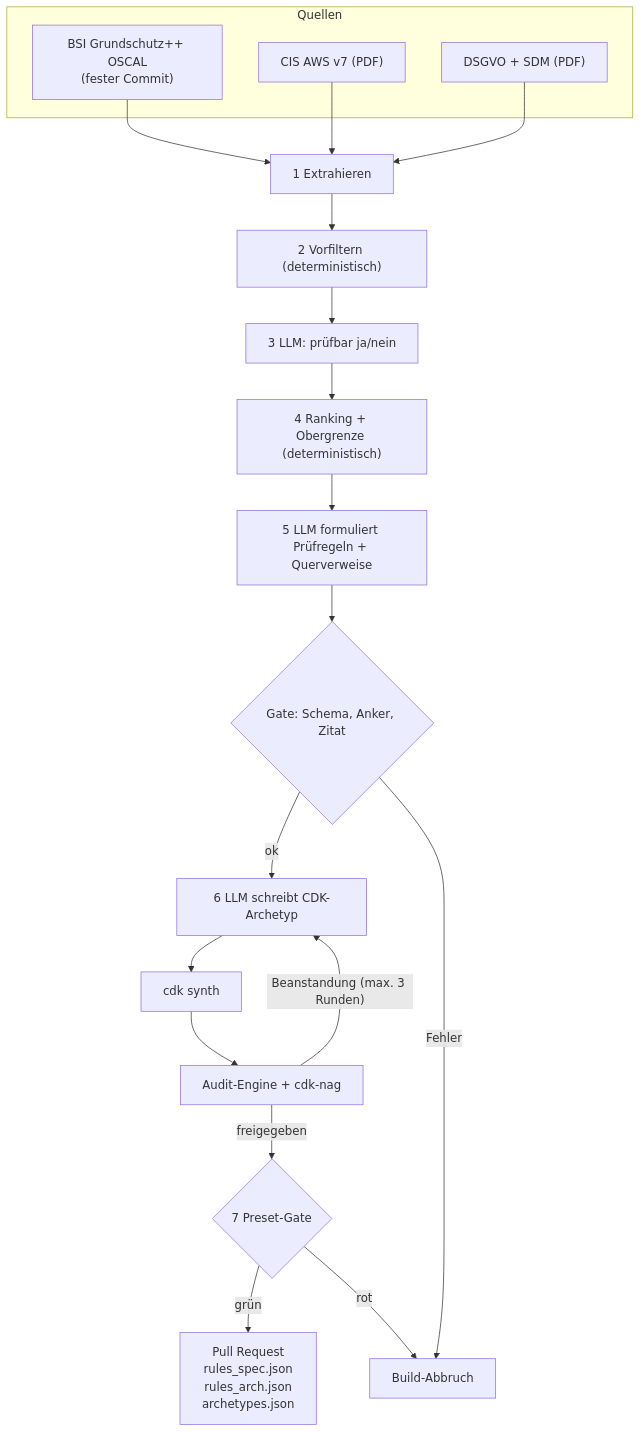
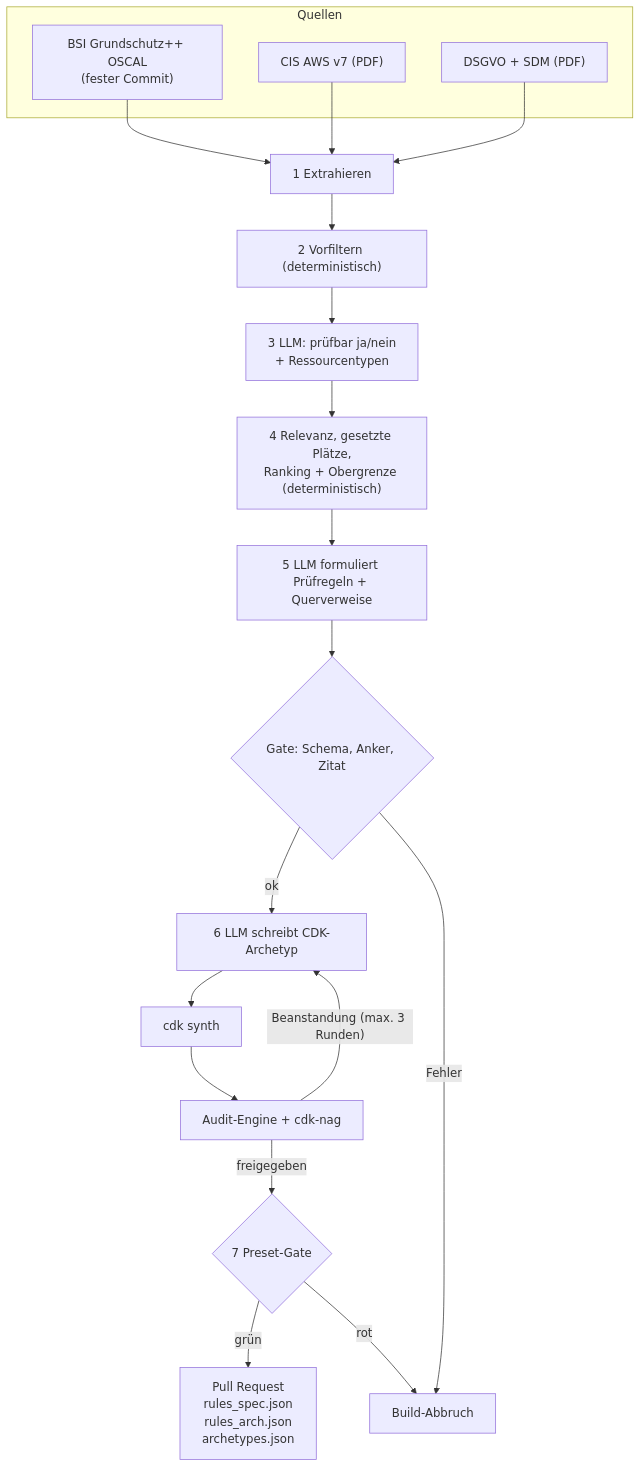
One commit to Daniel74/GovGuard changed the first of 4 diagrams in docs/ARCHITECTURE.md. Above: the diagram before and after it, drawn with Mermaid. The commit also changed other lines of this file and 8 other files, not shown here.

````diff
--- a/docs/ARCHITECTURE.md
+++ b/docs/ARCHITECTURE.md
@@ -21,22 +21,22 @@
 ```mermaid
 flowchart TD
   subgraph Q[Quellen]
     BSI["BSI Grundschutz++ OSCAL<br/>(fester Commit)"]
     CIS["CIS AWS v7 (PDF)"]
     DS["DSGVO + SDM (PDF)"]
   end
   BSI & CIS & DS --> E["1 Extrahieren"]
   E --> F["2 Vorfiltern (deterministisch)"]
-  F --> K["3 LLM: prüfbar ja/nein"]
-  K --> R["4 Ranking + Obergrenze (deterministisch)"]
+  F --> K["3 LLM: prüfbar ja/nein<br/>+ Ressourcentypen"]
+  K --> R["4 Relevanz, gesetzte Plätze,<br/>Ranking + Obergrenze (deterministisch)"]
   R --> P["5 LLM formuliert Prüfregeln + Querverweise"]
   P --> G1{"Gate: Schema, Anker, Zitat"}
   G1 -->|ok| A["6 LLM schreibt CDK-Archetyp"]
   A --> S["cdk synth"]
   S --> AE["Audit-Engine + cdk-nag"]
   AE -->|"Beanstandung (max. 3 Runden)"| A
   AE -->|freigegeben| PR{"7 Preset-Gate"}
   PR -->|grün| KB["Pull Request<br/>rules_spec.json<br/>rules_arch.json<br/>archetypes.json"]
   G1 -->|Fehler| X["Build-Abbruch"]
   PR -->|rot| X
 ```
````
